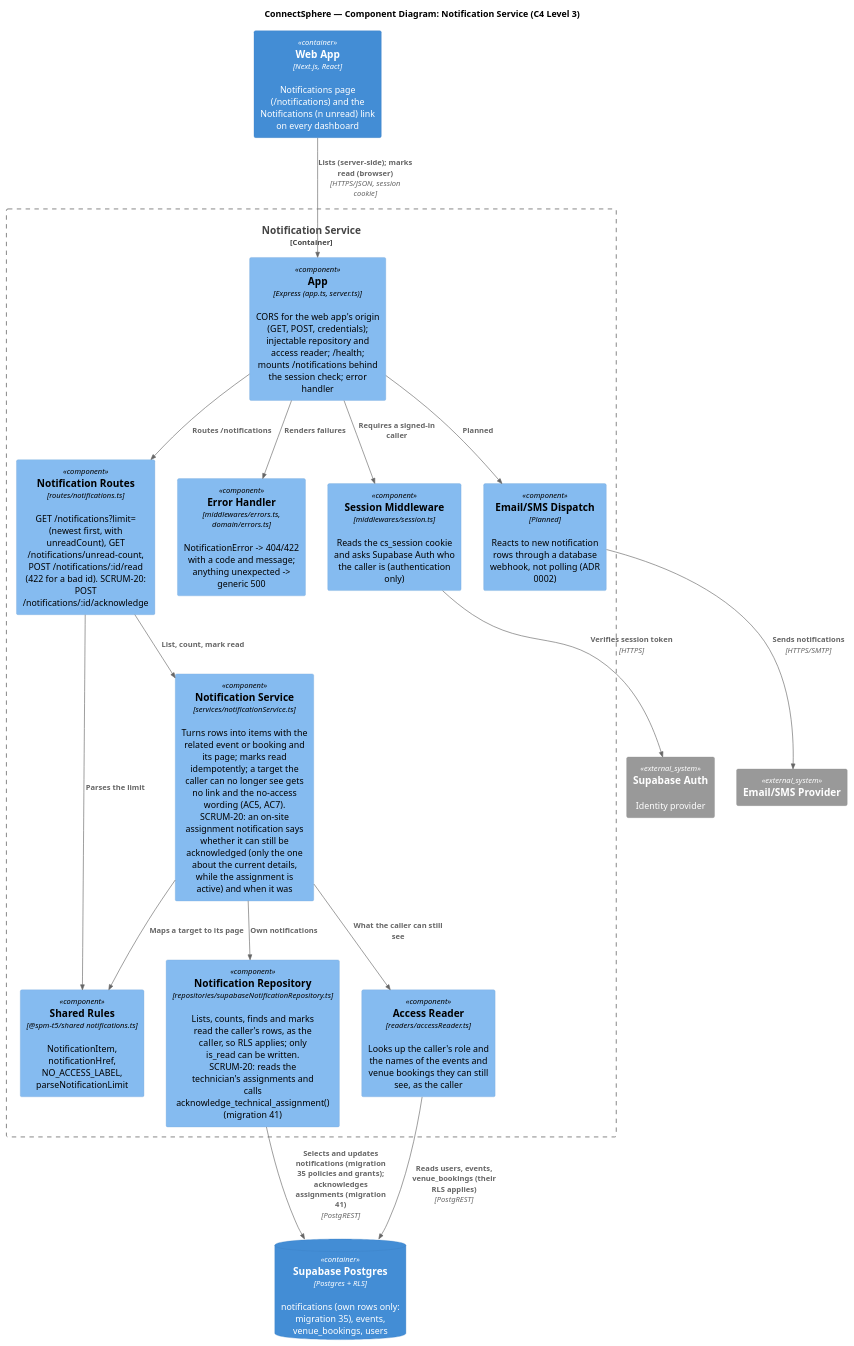
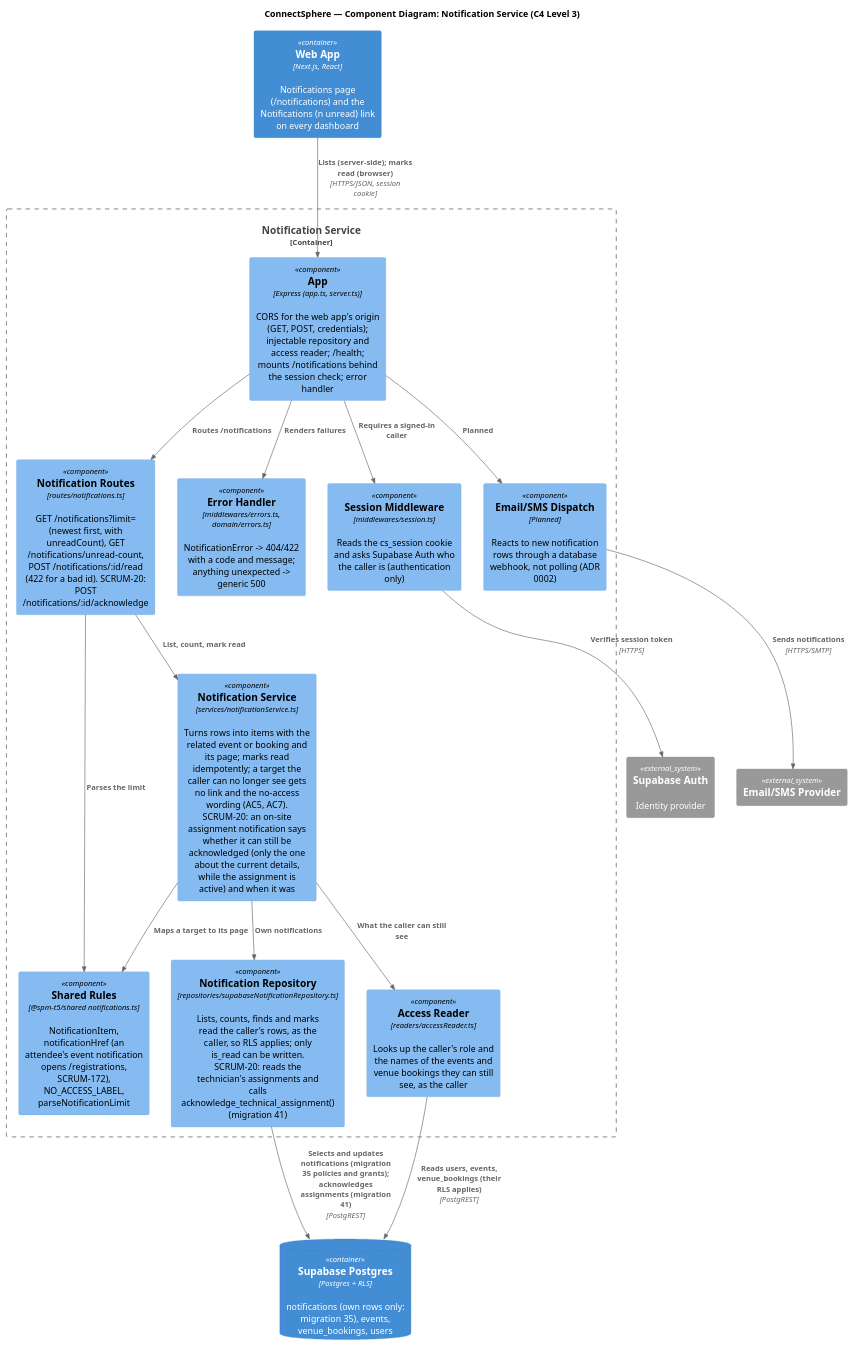
The diagram in docs/architecture/c4/component-notification-service.puml (danjaii/SPM-T5), drawn with PlantUML before and after one commit. The commit also changed 9 other files, not shown here.

Commit message:
SCRUM-172/AC1,AC2,AC3,AC4,AC5,AC6,AC7,AC8,AC9 - Add remaining notifications (#154)

```diff
--- a/docs/architecture/c4/component-notification-service.puml
+++ b/docs/architecture/c4/component-notification-service.puml
@@ -1,41 +1,41 @@
 @startuml component-notification-service
 !include https://raw.githubusercontent.com/plantuml-stdlib/C4-PlantUML/master/C4_Component.puml
 
 title ConnectSphere — Component Diagram: Notification Service (C4 Level 3)
 ' Built so far: viewing and managing a user's own in-app notifications (docs/specs/notifications.md, SCRUM-46).
-' Rows are written by producers, not by this service (ADR 0002). Components marked "Planned" come with SCRUM-47.
+' Rows are written by producers, not by this service (ADR 0002): database triggers in migrations 41, 44, 46, 50 and 65. Components marked "Planned" are not built yet.
 
 Container(web, "Web App", "Next.js, React", "Notifications page (/notifications) and the Notifications (n unread) link on every dashboard")
 System_Ext(supabaseAuth, "Supabase Auth", "Identity provider")
 System_Ext(emailProvider, "Email/SMS Provider")
 ContainerDb(db, "Supabase Postgres", "Postgres + RLS", "notifications (own rows only: migration 35), events, venue_bookings, users")
 
 Container_Boundary(notificationSvc, "Notification Service") {
   Component(app, "App", "Express (app.ts, server.ts)", "CORS for the web app's origin (GET, POST, credentials); injectable repository and access reader; /health; mounts /notifications behind the session check; error handler")
   Component(session, "Session Middleware", "middlewares/session.ts", "Reads the cs_session cookie and asks Supabase Auth who the caller is (authentication only)")
   Component(errors, "Error Handler", "middlewares/errors.ts, domain/errors.ts", "NotificationError -> 404/422 with a code and message; anything unexpected -> generic 500")
   Component(routes, "Notification Routes", "routes/notifications.ts", "GET /notifications?limit= (newest first, with unreadCount), GET /notifications/unread-count, POST /notifications/:id/read (422 for a bad id). SCRUM-20: POST /notifications/:id/acknowledge")
   Component(svc, "Notification Service", "services/notificationService.ts", "Turns rows into items with the related event or booking and its page; marks read idempotently; a target the caller can no longer see gets no link and the no-access wording (AC5, AC7). SCRUM-20: an on-site assignment notification says whether it can still be acknowledged (only the one about the current details, while the assignment is active) and when it was")
   Component(repo, "Notification Repository", "repositories/supabaseNotificationRepository.ts", "Lists, counts, finds and marks read the caller's rows, as the caller, so RLS applies; only is_read can be written. SCRUM-20: reads the technician's assignments and calls acknowledge_technical_assignment() (migration 41)")
   Component(access, "Access Reader", "readers/accessReader.ts", "Looks up the caller's role and the names of the events and venue bookings they can still see, as the caller")
-  Component(shared, "Shared Rules", "@spm-t5/shared notifications.ts", "NotificationItem, notificationHref, NO_ACCESS_LABEL, parseNotificationLimit")
+  Component(shared, "Shared Rules", "@spm-t5/shared notifications.ts", "NotificationItem, notificationHref (an attendee's event notification opens /registrations, SCRUM-172), NO_ACCESS_LABEL, parseNotificationLimit")
 
   Component(dispatch, "Email/SMS Dispatch", "Planned", "Reacts to new notification rows through a database webhook, not polling (ADR 0002)")
 }
 
 Rel(web, app, "Lists (server-side); marks read (browser)", "HTTPS/JSON, session cookie")
 Rel(app, session, "Requires a signed-in caller")
 Rel(session, supabaseAuth, "Verifies session token", "HTTPS")
 Rel(app, errors, "Renders failures")
 Rel(app, routes, "Routes /notifications")
 Rel(routes, svc, "List, count, mark read")
 Rel(routes, shared, "Parses the limit")
 Rel(svc, shared, "Maps a target to its page")
 Rel(svc, repo, "Own notifications")
 Rel(svc, access, "What the caller can still see")
 Rel(repo, db, "Selects and updates notifications (migration 35 policies and grants); acknowledges assignments (migration 41)", "PostgREST")
 Rel(access, db, "Reads users, events, venue_bookings (their RLS applies)", "PostgREST")
 
 Rel(app, dispatch, "Planned")
 Rel(dispatch, emailProvider, "Sends notifications", "HTTPS/SMTP")
 @enduml
```
